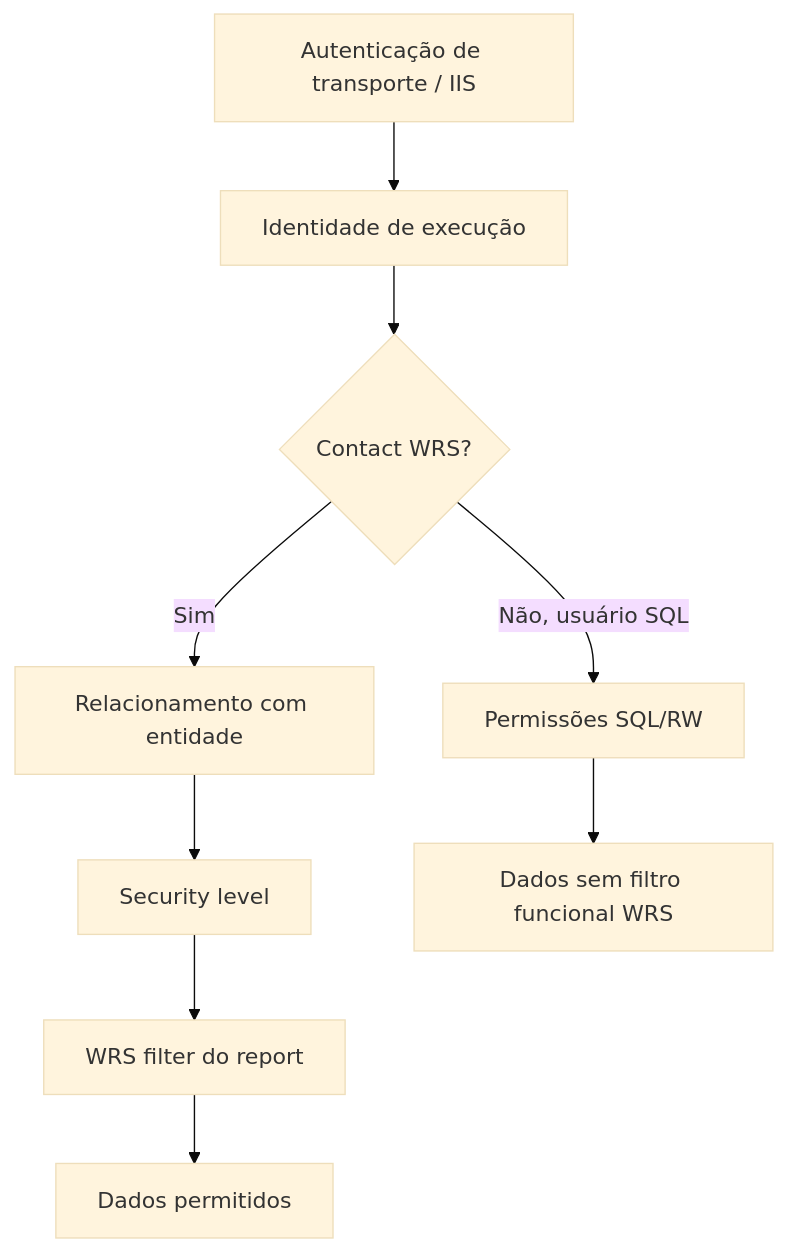
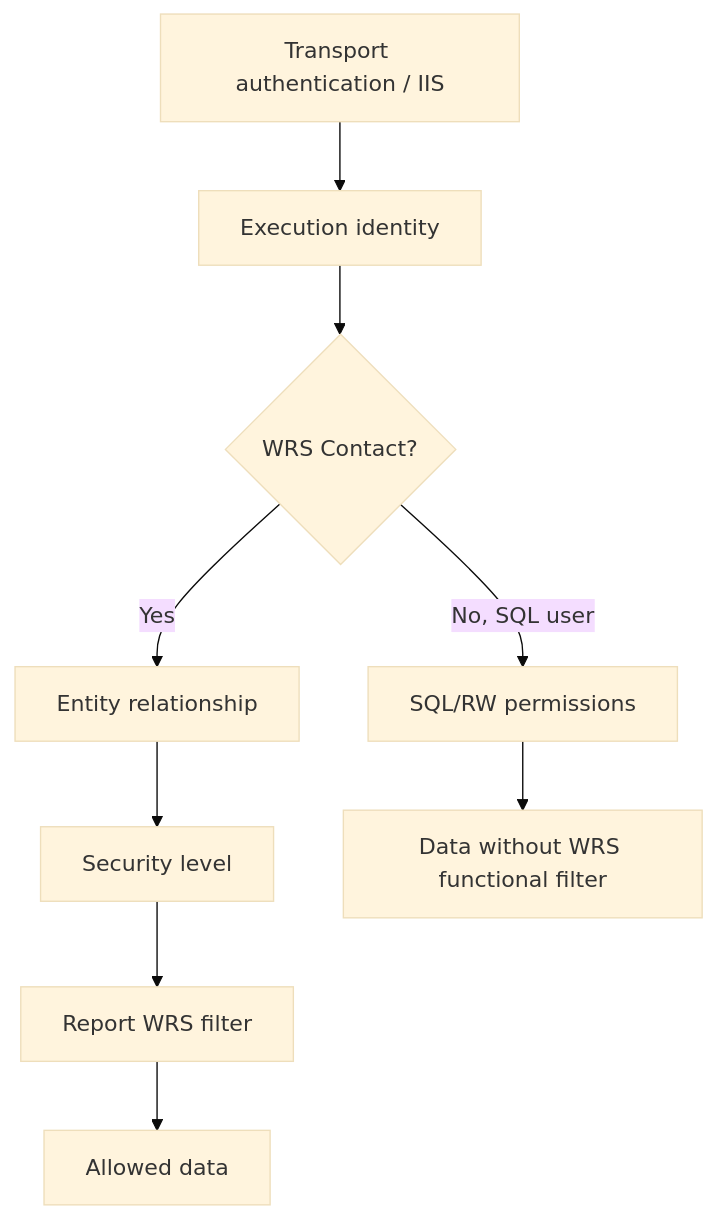
Before and after one commit to msekimoto/investran: the second of 2 diagrams in docs/reporting/01-arquitetura-reporting.md, drawn with Mermaid (base theme). The commit also changed other lines of this file and 52 other files, not shown here.

````diff
--- a/docs/reporting/01-arquitetura-reporting.md
+++ b/docs/reporting/01-arquitetura-reporting.md
@@ -45,11 +43,11 @@
 ```mermaid
 flowchart TD
-    AUTH[Autenticação de transporte / IIS] --> IDENT[Identidade de execução]
-    IDENT --> CONTACT{Contact WRS?}
-    CONTACT -->|Sim| REL[Relacionamento com entidade]
+    AUTH[Transport authentication / IIS] --> IDENT[Execution identity]
+    IDENT --> CONTACT{WRS Contact?}
+    CONTACT -->|Yes| REL[Entity relationship]
     REL --> LEVEL[Security level]
-    LEVEL --> FILTER[WRS filter do report]
-    CONTACT -->|Não, usuário SQL| SQL[Permissões SQL/RW]
-    FILTER --> DATA[Dados permitidos]
-    SQL --> DATA2[Dados sem filtro funcional WRS]
+    LEVEL --> FILTER[Report WRS filter]
+    CONTACT -->|No, SQL user| SQL[SQL/RW permissions]
+    FILTER --> DATA[Allowed data]
+    SQL --> DATA2[Data without WRS functional filter]
 ```
````
